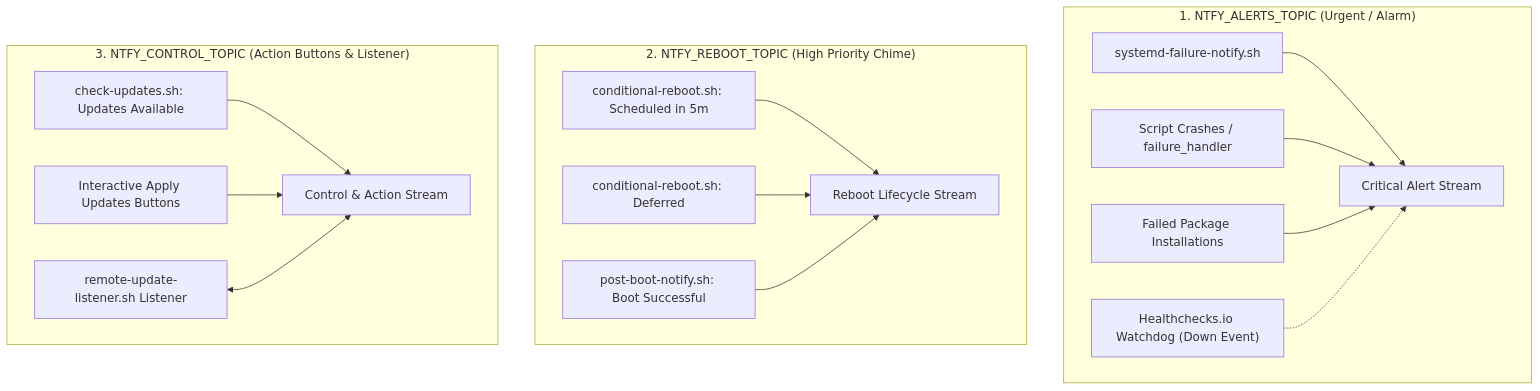
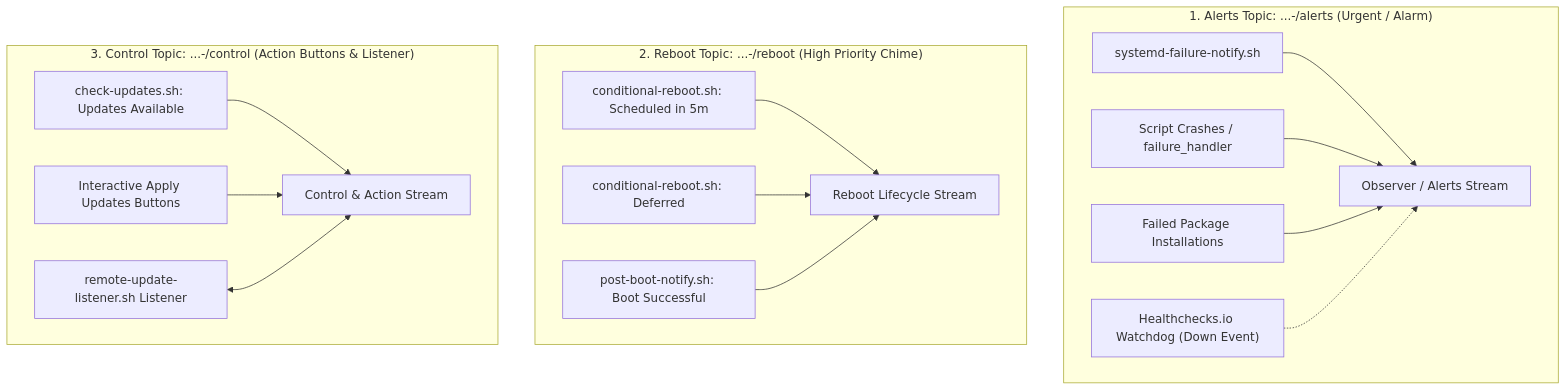
The third of 4 diagrams in docs/design.md (in3x/updates-notify), drawn with Mermaid before and after one commit. The commit also changed other lines of this file and 7 other files, not shown here.

````diff
--- a/docs/design.md
+++ b/docs/design.md
@@ -63,21 +69,21 @@
 ```mermaid
 graph TD
-    subgraph Alerts_Channel ["1. NTFY_ALERTS_TOPIC (Urgent / Alarm)"]
-        A1[systemd-failure-notify.sh] --> A[Critical Alert Stream]
+    subgraph Alerts_Channel ["1. Alerts Topic: ...-<SYSTEM_GROUP_NAME>/alerts (Urgent / Alarm)"]
+        A1[systemd-failure-notify.sh] --> A[Observer / Alerts Stream]
         A2[Script Crashes / failure_handler] --> A
         A3[Failed Package Installations] --> A
         A4["Healthchecks.io Watchdog (Down Event)"] -.-> A
     end
 
-    subgraph Reboot_Channel ["2. NTFY_REBOOT_TOPIC (High Priority Chime)"]
+    subgraph Reboot_Channel ["2. Reboot Topic: ...-<SYSTEM_GROUP_NAME>/reboot (High Priority Chime)"]
         R1[conditional-reboot.sh: Scheduled in 5m] --> R[Reboot Lifecycle Stream]
         R2[conditional-reboot.sh: Deferred] --> R
         R3[post-boot-notify.sh: Boot Successful] --> R
     end
 
-    subgraph Control_Channel ["3. NTFY_CONTROL_TOPIC (Action Buttons & Listener)"]
+    subgraph Control_Channel ["3. Control Topic: ...-<SYSTEM_GROUP_NAME>/control (Action Buttons & Listener)"]
         C1[check-updates.sh: Updates Available] --> C[Control & Action Stream]
         C2[Interactive Apply Updates Buttons] --> C
         C3[remote-update-listener.sh Listener] <--> C
     end
 ```
````
